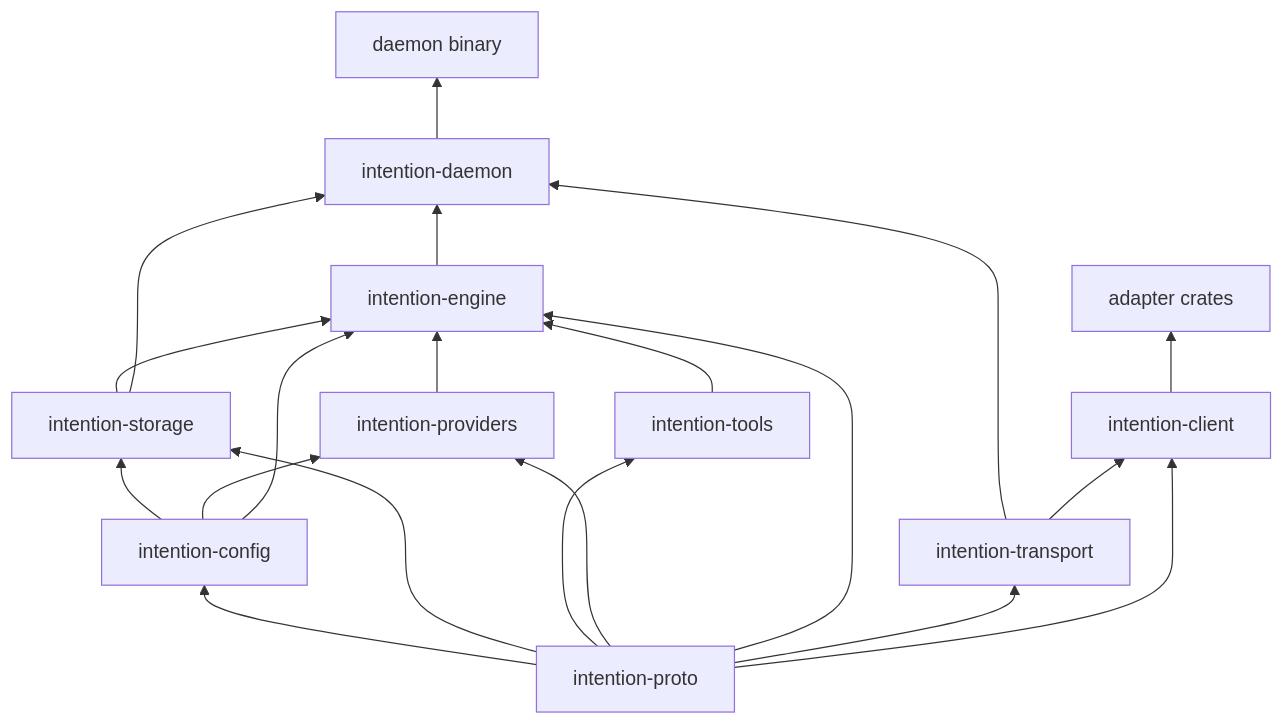
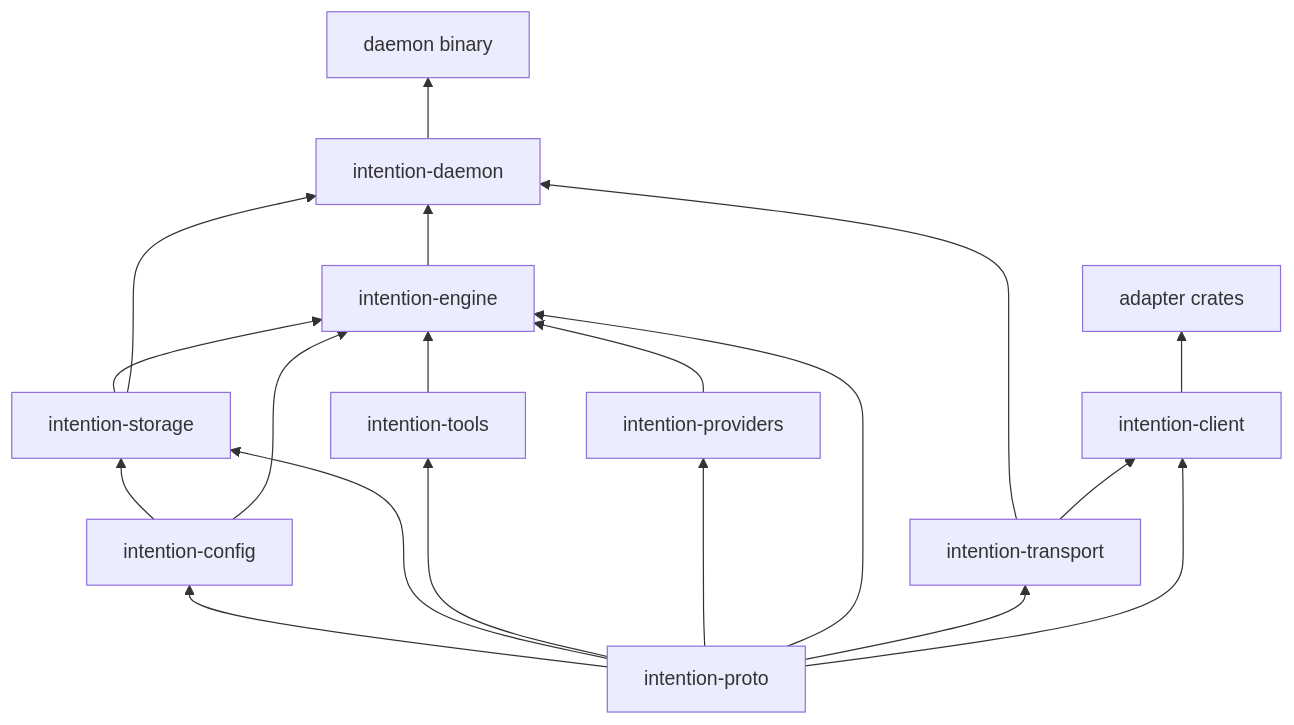
The second of 2 diagrams in docs/intention-relay/architecture/01-workspace-and-crate-map.md (y0tsy/intention-relay), drawn with Mermaid before and after one commit. The commit also changed other lines of this file and 9 other files, not shown here.

````diff
--- a/docs/intention-relay/architecture/01-workspace-and-crate-map.md
+++ b/docs/intention-relay/architecture/01-workspace-and-crate-map.md
@@ -147,22 +149,21 @@
 ```mermaid
 flowchart BT
   PR[intention-proto] --> CF[intention-config]
   PR --> ST[intention-storage]
   CF --> ST
   PR --> TL[intention-tools]
   PR --> PV[intention-providers]
-  CF --> PV
   PR --> EN[intention-engine]
   CF --> EN
   ST --> EN
   TL --> EN
   PV --> EN
   EN --> DH[intention-daemon]
   ST --> DH
   TR --> DH
   PR --> TR[intention-transport]
   TR --> CL[intention-client]
   PR --> CL
   CL --> AD[adapter crates]
   DH --> BIN[daemon binary]
 ```
````
